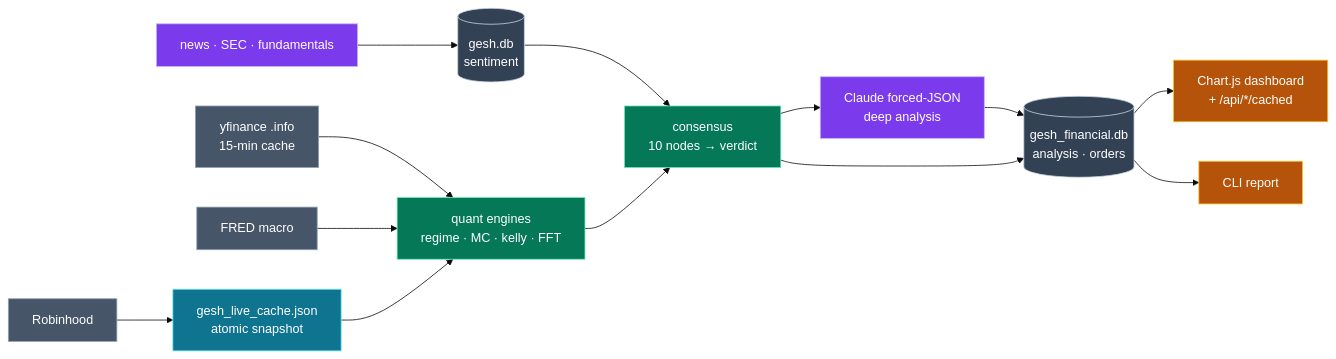
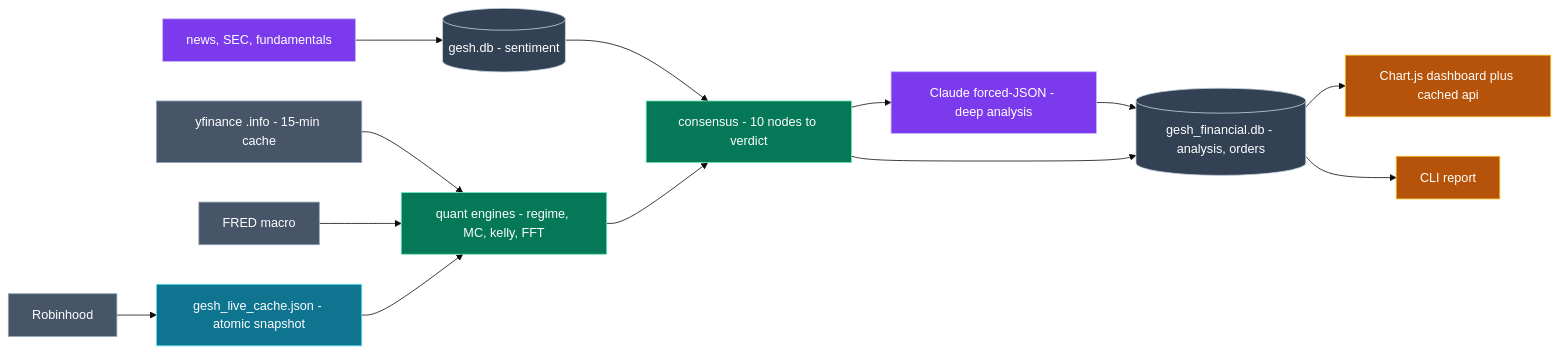
Before and after one commit to gesh75/Gesh-Project: the fifth of 8 diagrams in docs/ARCHITECTURE.md, drawn with Mermaid (base theme). The commit also changed other lines of this file and 1 other file, not shown here.

Commit message:
docs: harden mermaid diagrams for reliable GitHub rendering

````diff
--- a/docs/ARCHITECTURE.md
+++ b/docs/ARCHITECTURE.md
@@ -202,22 +202,22 @@
 ```mermaid
 flowchart LR
-    rh["Robinhood"]:::ext --> cache["gesh_live_cache.json<br/>atomic snapshot"]:::svc
-    yf["yfinance .info<br/>15-min cache"]:::ext --> eng["quant engines<br/>regime · MC · kelly · FFT"]:::data
+    rh["Robinhood"]:::ext --> cache["gesh_live_cache.json - atomic snapshot"]:::svc
+    yf["yfinance .info - 15-min cache"]:::ext --> eng["quant engines - regime, MC, kelly, FFT"]:::data
     fred["FRED macro"]:::ext --> eng
     cache --> eng
-    news["news · SEC · fundamentals"]:::ai --> gdb[("gesh.db<br/>sentiment")]:::store
-    gdb --> cons["consensus<br/>10 nodes → verdict"]:::data
+    news["news, SEC, fundamentals"]:::ai --> gdb[("gesh.db - sentiment")]:::store
+    gdb --> cons["consensus - 10 nodes to verdict"]:::data
     eng --> cons
-    cons --> claude["Claude forced-JSON<br/>deep analysis"]:::ai
-    claude --> persist[("gesh_financial.db<br/>analysis · orders")]:::store
+    cons --> claude["Claude forced-JSON - deep analysis"]:::ai
+    claude --> persist[("gesh_financial.db - analysis, orders")]:::store
     cons --> persist
-    persist --> ui["Chart.js dashboard<br/>+ /api/*/cached"]:::core
+    persist --> ui["Chart.js dashboard plus cached api"]:::core
     persist --> cliout["CLI report"]:::core
 
     classDef ext   fill:#475569,stroke:#94a3b8,color:#fff
     classDef svc   fill:#0e7490,stroke:#67e8f9,color:#fff
     classDef data  fill:#047857,stroke:#6ee7b7,color:#fff
     classDef ai    fill:#7c3aed,stroke:#c4b5fd,color:#fff
     classDef store fill:#334155,stroke:#cbd5e1,color:#fff
     classDef core  fill:#b45309,stroke:#fbbf24,color:#fff
 ```
````
